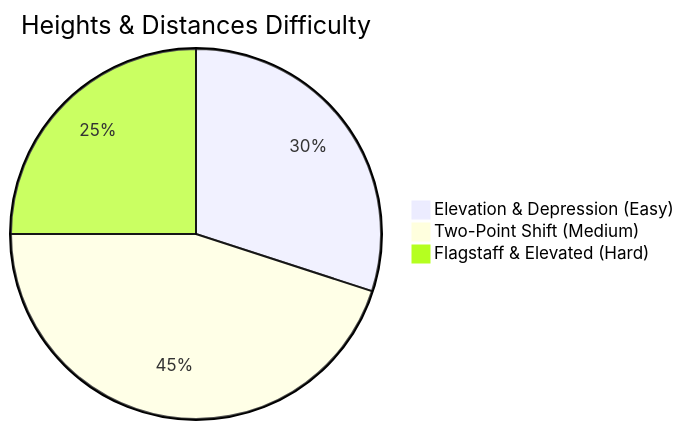
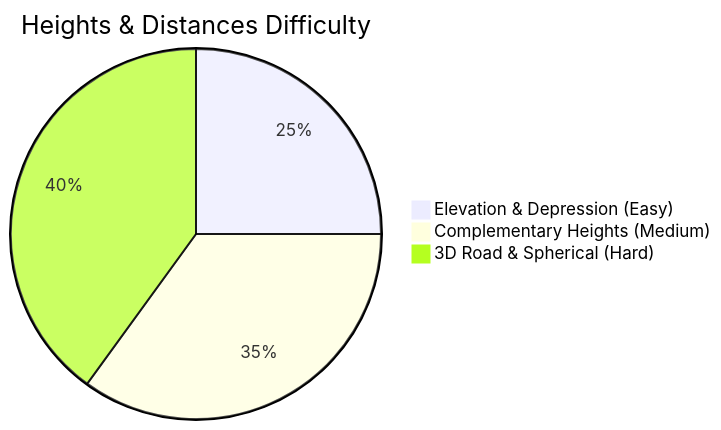
The second of 2 diagrams in content/cds/math/math_overview.md (skc-coder/SAGE), drawn with Mermaid before and after one commit. The commit also changed other lines of this file, not shown here.

````diff
--- a/content/cds/math/math_overview.md
+++ b/content/cds/math/math_overview.md
@@ -35,6 +38,6 @@
 ```mermaid
 pie title Heights & Distances Difficulty
-    "Elevation & Depression (Easy)" : 30
-    "Two-Point Shift (Medium)" : 45
-    "Flagstaff & Elevated (Hard)" : 25
+    "Elevation & Depression (Easy)" : 25
+    "Complementary Heights (Medium)" : 35
+    "3D Road & Spherical (Hard)" : 40
 ```
````
